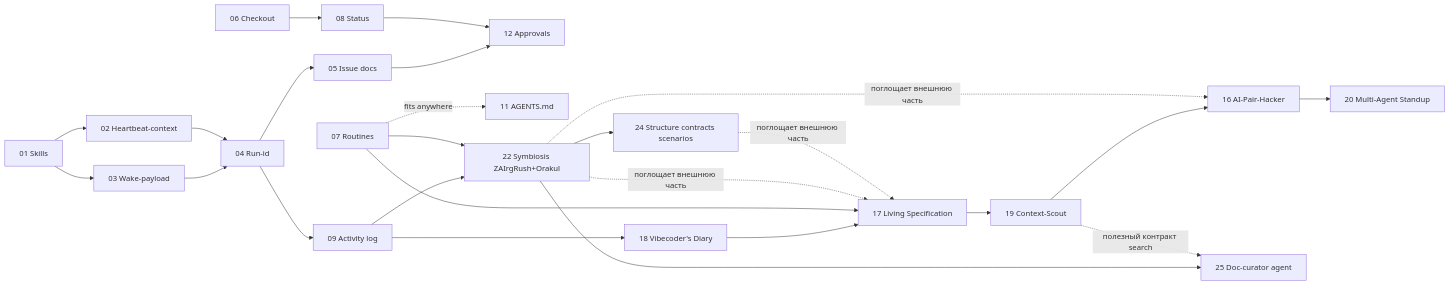
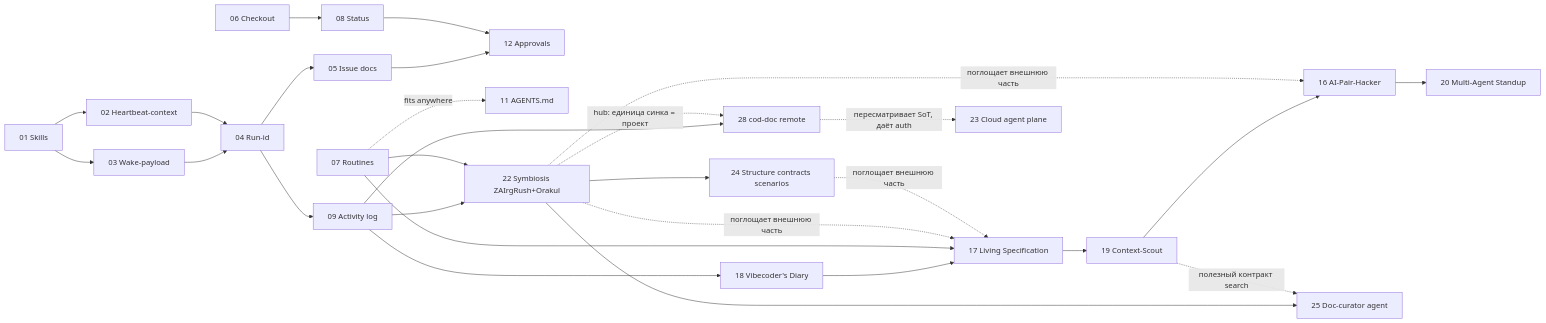
Before and after one commit to Orange-hanter/cod-doc: the diagram in proposals/README.md, drawn with Mermaid. The commit also changed other lines of this file and 2 other files, not shown here.

First line of the commit message:
docs(rfc): RFC 28 — cod-doc remote: облачное хранение и доступ по модели git

````diff
--- a/proposals/README.md
+++ b/proposals/README.md
@@ -118,31 +125,36 @@
 ```mermaid
 graph LR
     A[01 Skills] --> B[03 Wake-payload]
     A --> C[02 Heartbeat-context]
     B --> D[04 Run-id]
     C --> D
     D --> E[09 Activity log]
     D --> F[05 Issue docs]
     F --> G[12 Approvals]
     H[08 Status] --> G
     I[06 Checkout] --> H
     J[07 Routines] -.fits anywhere.-> K[11 AGENTS.md]
     
     %% Hackathon-track
     E --> L[18 Vibecoder's Diary]
     L --> M[17 Living Specification]
     J --> M
     M --> N[19 Context-Scout]
     N --> O[16 AI-Pair-Hacker]
     O --> P[20 Multi-Agent Standup]
 
     %% Symbiosis-track
     E --> Q[22 Symbiosis ZAIrgRush+Orakul]
     J --> Q
     Q -.поглощает внешнюю часть.-> O
     Q -.поглощает внешнюю часть.-> M
     Q --> R[24 Structure contracts scenarios]
     R -.поглощает внешнюю часть.-> M
     Q --> S[25 Doc-curator agent]
     N -.полезный контракт search.-> S
+
+    %% Cloud-track
+    E --> T[28 cod-doc remote]
+    Q -.hub: единица синка = проект.-> T
+    T -.пересматривает SoT, даёт auth.-> U[23 Cloud agent plane]
 ```
````
